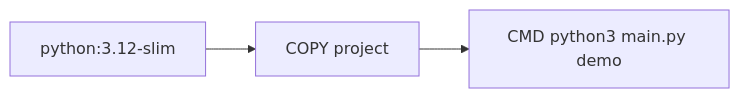
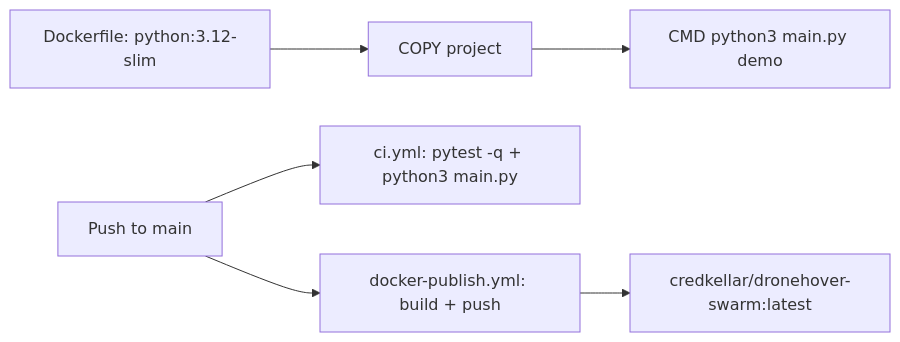
One commit to kimanicollier44-cmyk/DroneHover-Swarm changed the fourth of 5 diagrams in README.md. Above: the diagram before and after it, drawn with Mermaid. The commit also changed other lines of this file, not shown here.

````diff
--- a/README.md
+++ b/README.md
@@ -131,5 +138,8 @@
 ```mermaid
 flowchart LR
-    D[python:3.12-slim] --> C[COPY project]
+    D[Dockerfile: python:3.12-slim] --> C[COPY project]
     C --> R[CMD python3 main.py demo]
+    P[Push to main] --> CI[ci.yml: pytest -q + python3 main.py]
+    P --> DP[docker-publish.yml: build + push]
+    DP --> H[credkellar/dronehover-swarm:latest]
 ```
````
